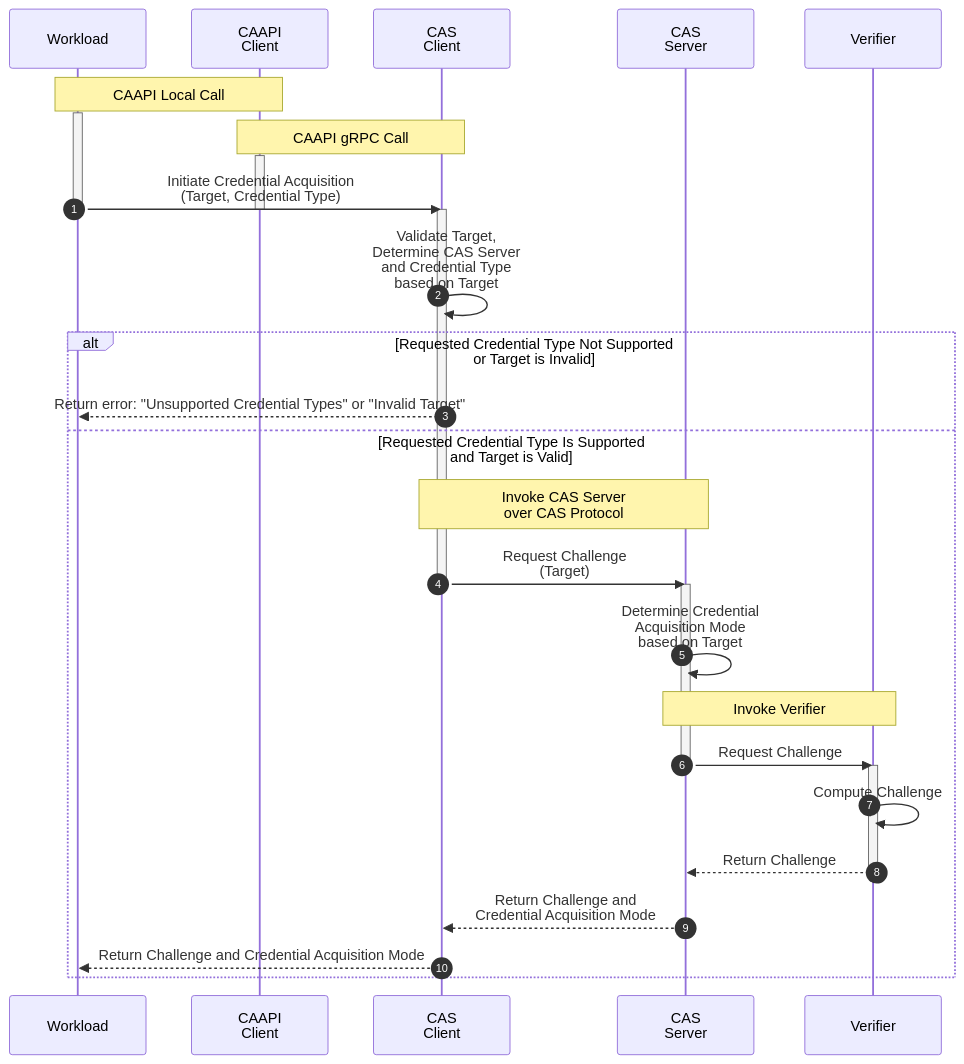
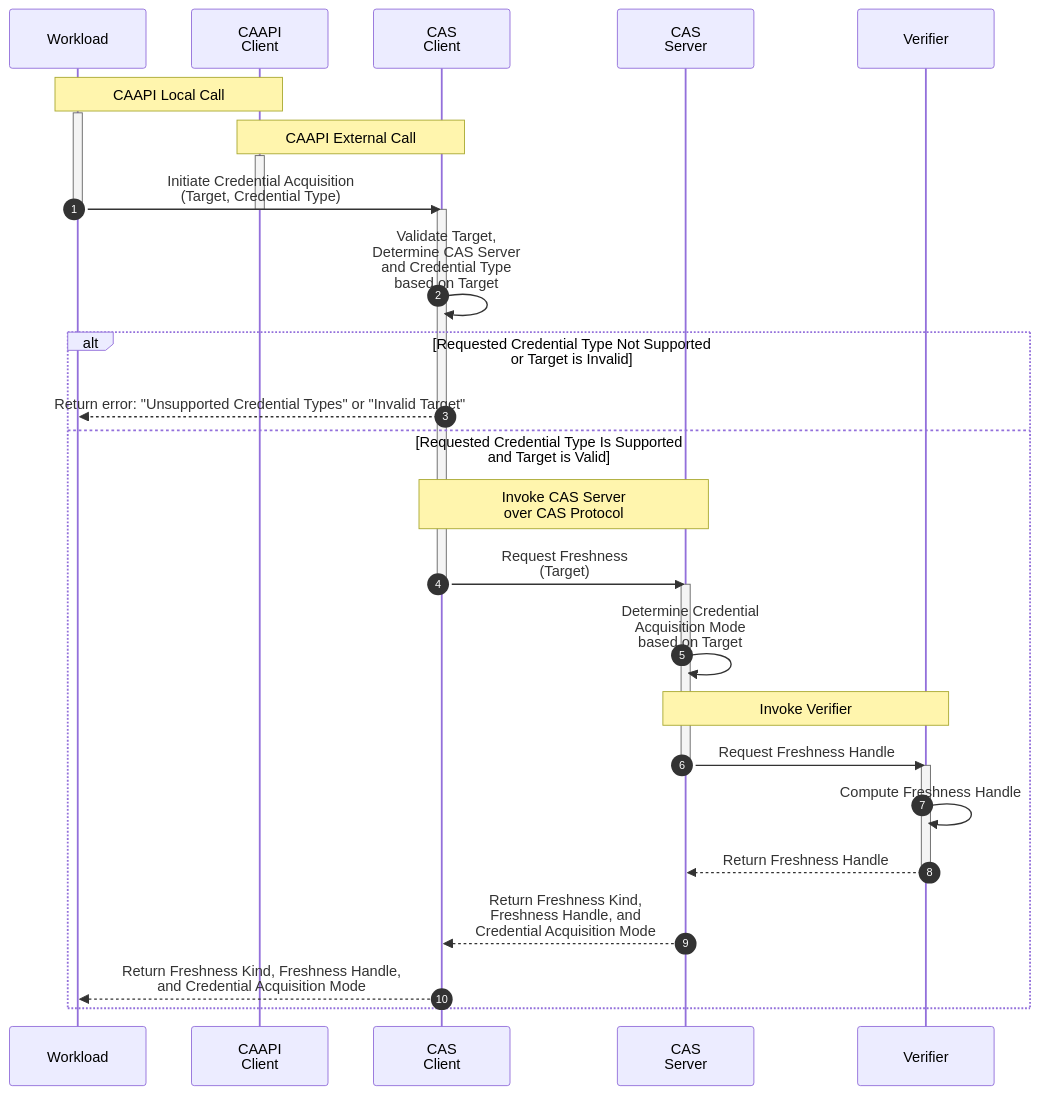
The diagram in proto/initiate.mmd (TWI-Unified-Model/tacra), drawn with Mermaid before and after one commit. The commit also changed 13 other files, not shown here.

Commit message:
Added freshness handle and freshness kind

```diff
--- a/proto/initiate.mmd
+++ b/proto/initiate.mmd
@@ -1,39 +1,39 @@
 %% Initiating Credential Acquisition
-%% by requesting a challenge from the Verifier
+%% by requesting a freshness handle from the Verifier
 %% The "Workload" here may be the Attester's Credential Acquisition Interface
 sequenceDiagram
     participant W as Workload
     participant CAA_C as CAAPI<br/>Client
     participant CAS_C as CAS<br/>Client
     participant CAS_S as CAS<br/>Server
     participant V as Verifier
 
     autonumber
 
     note over W, CAA_C: CAAPI Local Call
     activate W
-    note over CAA_C, CAS_C: CAAPI gRPC Call
+    note over CAA_C, CAS_C: CAAPI External Call
     activate CAA_C
     W->>CAS_C: Initiate Credential Acquisition<br/>(Target, Credential Type)
     deactivate CAA_C
     deactivate W
     activate CAS_C
     CAS_C->>CAS_C: Validate Target,<br/>Determine CAS Server<br>and Credential Type<br/>based on Target
     alt Requested Credential Type Not Supported<br/>or Target is Invalid
         CAS_C-->>W: Return error: "Unsupported Credential Types" or "Invalid Target"
     else Requested Credential Type Is Supported<br/>and Target is Valid
         note over CAS_C, CAS_S: Invoke CAS Server<br/>over CAS Protocol
-        CAS_C->>CAS_S: Request Challenge<br/>(Target)
+        CAS_C->>CAS_S: Request Freshness<br/>(Target)
         deactivate CAS_C
         activate CAS_S
         CAS_S->>CAS_S: Determine Credential<br/>Acquisition Mode<br/>based on Target
         note over CAS_S, V: Invoke Verifier
-        CAS_S->>V: Request Challenge
+        CAS_S->>V: Request Freshness Handle
         deactivate CAS_S
         activate V
-        V->>V: Compute Challenge
-        V-->>CAS_S: Return Challenge
+        V->>V: Compute Freshness Handle
+        V-->>CAS_S: Return Freshness Handle
         deactivate V
-        CAS_S-->>CAS_C: Return Challenge and<br/>Credential Acquisition Mode
-        CAS_C-->>W: Return Challenge and Credential Acquisition Mode
+        CAS_S-->>CAS_C: Return Freshness Kind,<br/>Freshness Handle, and<br/>Credential Acquisition Mode
+        CAS_C-->>W: Return Freshness Kind, Freshness Handle,<br/>and Credential Acquisition Mode
     end
```
